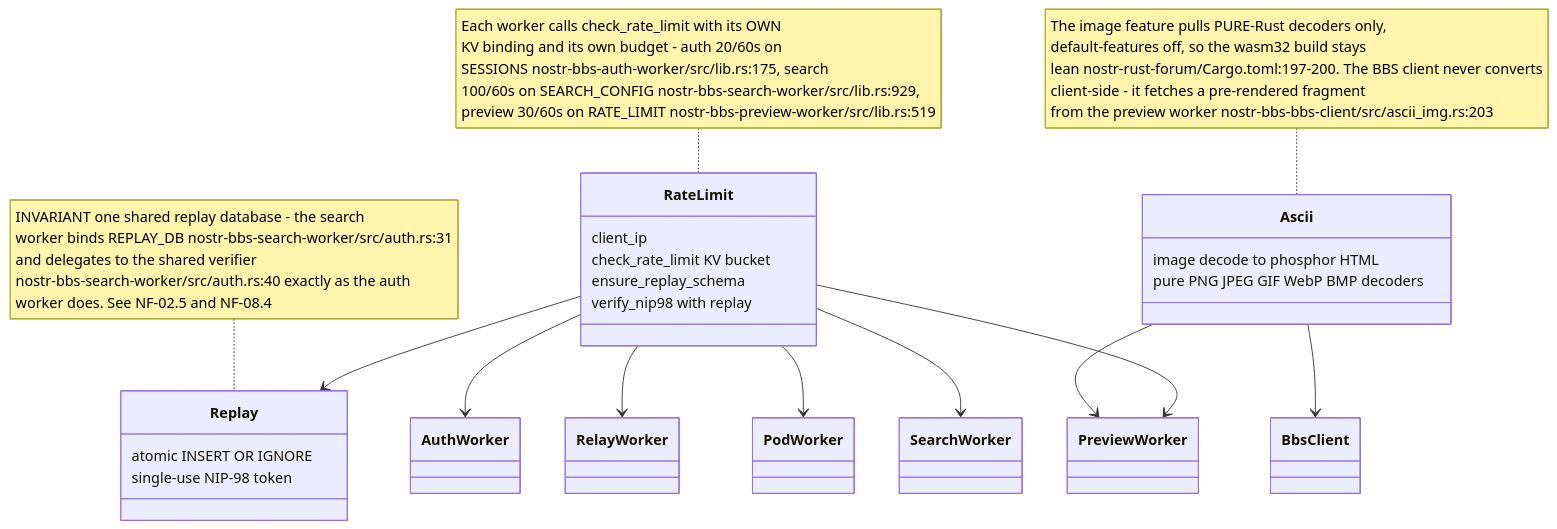
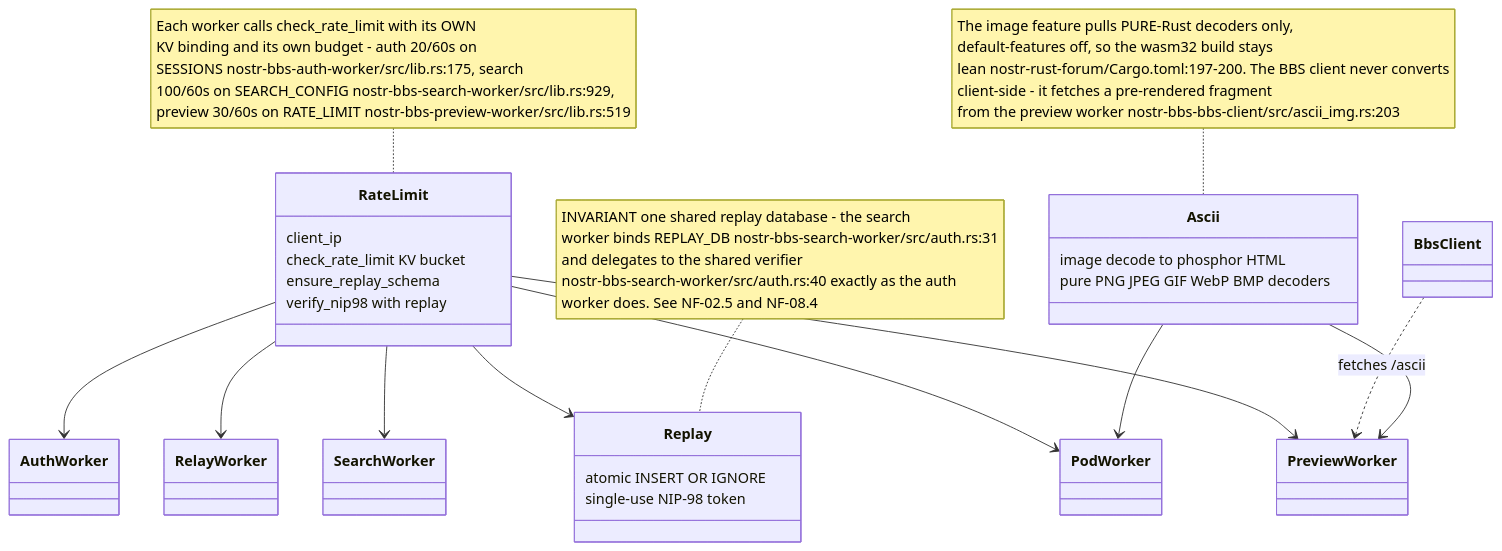
Before and after one commit to DreamLab-AI/VisionFlow: the eighth of 9 diagrams in docs/diagrams/nostr-rust-forum/07-search-preview-and-shared-worker-utilities.md, drawn with Mermaid. The commit also changed other lines of this file and 91 other files, not shown here.

````diff
--- a/docs/diagrams/nostr-rust-forum/07-search-preview-and-shared-worker-utilities.md
+++ b/docs/diagrams/nostr-rust-forum/07-search-preview-and-shared-worker-utilities.md
@@ -204,29 +209,30 @@
 ```mermaid
 classDiagram
     class RateLimit {
         client_ip
         check_rate_limit KV bucket
         ensure_replay_schema
         verify_nip98 with replay
     }
     class Replay {
         atomic INSERT OR IGNORE
         single-use NIP-98 token
     }
     class Ascii {
         image decode to phosphor HTML
         pure PNG JPEG GIF WebP BMP decoders
     }
     RateLimit --> Replay
     Ascii --> PreviewWorker
-    Ascii --> BbsClient
+    Ascii --> PodWorker
+    BbsClient ..> PreviewWorker : fetches /ascii
     RateLimit --> AuthWorker
     RateLimit --> RelayWorker
     RateLimit --> PodWorker
     RateLimit --> SearchWorker
     RateLimit --> PreviewWorker
 
     note for RateLimit "Each worker calls check_rate_limit with its OWN<br/>KV binding and its own budget - auth 20/60s on<br/>SESSIONS nostr-bbs-auth-worker/src/lib.rs:175, search<br/>100/60s on SEARCH_CONFIG nostr-bbs-search-worker/src/lib.rs:929,<br/>preview 30/60s on RATE_LIMIT nostr-bbs-preview-worker/src/lib.rs:519"
     note for Replay "INVARIANT one shared replay database - the search<br/>worker binds REPLAY_DB nostr-bbs-search-worker/src/auth.rs:31<br/>and delegates to the shared verifier<br/>nostr-bbs-search-worker/src/auth.rs:40 exactly as the auth<br/>worker does. See NF-02.5 and NF-08.4"
     note for Ascii "The image feature pulls PURE-Rust decoders only,<br/>default-features off, so the wasm32 build stays<br/>lean nostr-rust-forum/Cargo.toml:197-200. The BBS client never converts<br/>client-side - it fetches a pre-rendered fragment<br/>from the preview worker nostr-bbs-bbs-client/src/ascii_img.rs:203"
 ```
````
